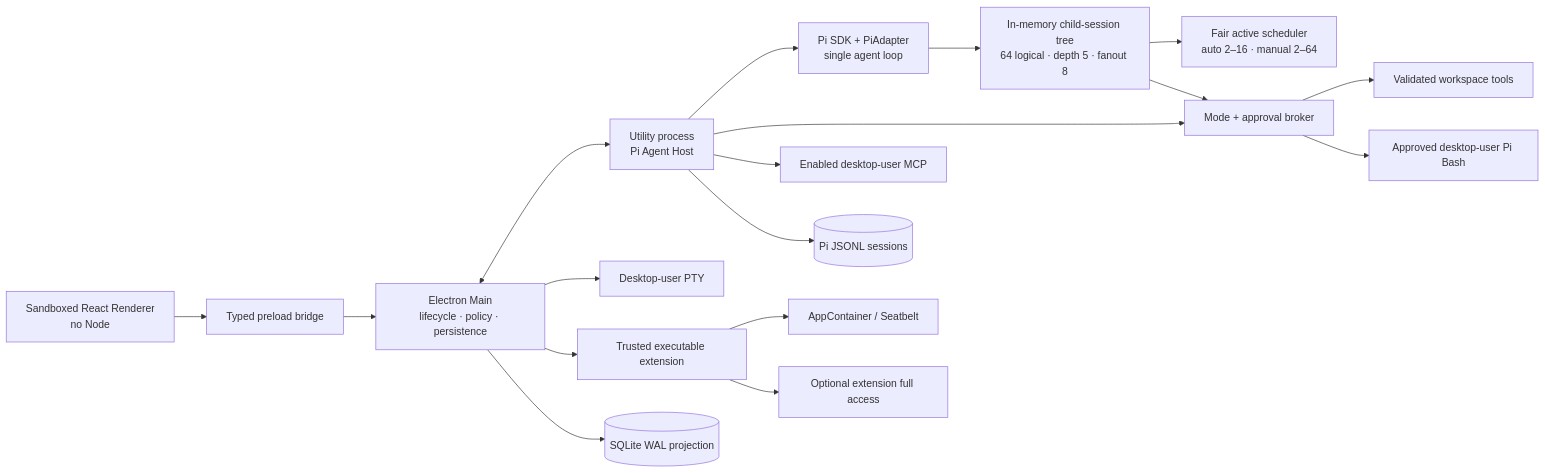
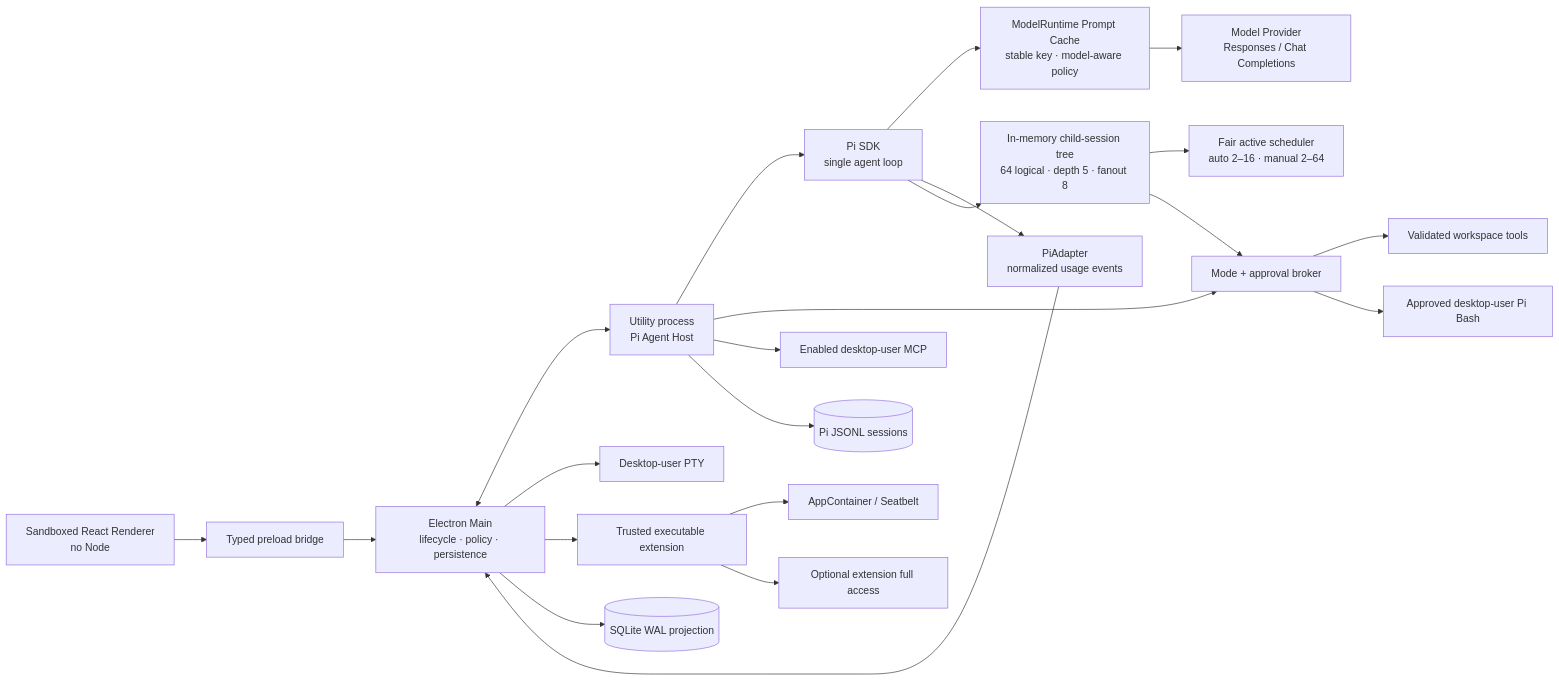
Before and after one commit to EurekaRaider/Artemis: the diagram in docs/architecture.md, drawn with Mermaid. The commit also changed other lines of this file and 9 other files, not shown here.

````diff
--- a/docs/architecture.md
+++ b/docs/architecture.md
@@ -5,20 +5,24 @@
 ```mermaid
 flowchart LR
   R["Sandboxed React Renderer<br/>no Node"] --> P["Typed preload bridge"]
   P --> M["Electron Main<br/>lifecycle · policy · persistence"]
   M <--> A["Utility process<br/>Pi Agent Host"]
-  A --> PI["Pi SDK + PiAdapter<br/>single agent loop"]
+  A --> PI["Pi SDK<br/>single agent loop"]
+  PI --> PC["ModelRuntime Prompt Cache<br/>stable key · model-aware policy"]
+  PC --> MP["Model Provider<br/>Responses / Chat Completions"]
+  PI --> PA["PiAdapter<br/>normalized usage events"]
+  PA --> M
   PI --> C["In-memory child-session tree<br/>64 logical · depth 5 · fanout 8"]
   C --> Q["Fair active scheduler<br/>auto 2–16 · manual 2–64"]
   A --> B["Mode + approval broker"]
   C --> B
   B --> W["Validated workspace tools"]
   B --> H["Approved desktop-user Pi Bash"]
   A --> X["Enabled desktop-user MCP"]
   M --> T["Desktop-user PTY"]
   M --> E["Trusted executable extension"]
   E --> S["AppContainer / Seatbelt"]
   E --> F["Optional extension full access"]
   M --> D[("SQLite WAL projection")]
   A --> J[("Pi JSONL sessions")]
 ```
````
